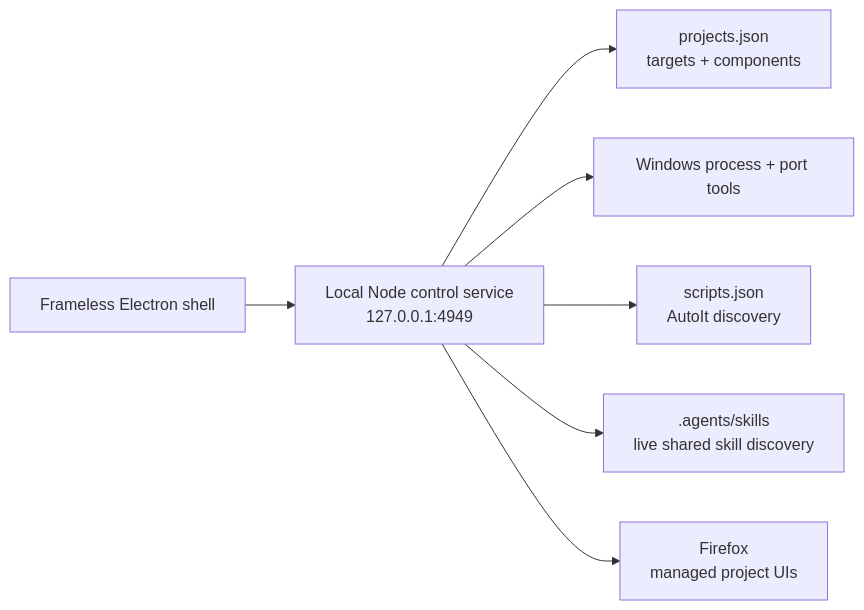
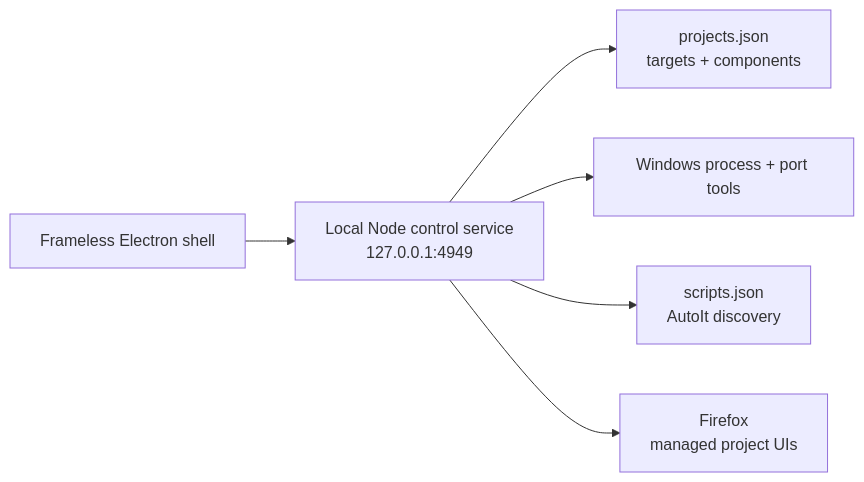
One commit to alfonza1/hackers-lair changed the diagram in README.md. Above: the diagram before and after it, drawn with Mermaid. The commit also changed other lines of this file and 9 other files, not shown here.

````diff
--- a/README.md
+++ b/README.md
@@ -64,9 +59,8 @@
 ```mermaid
 flowchart LR
     UI["Frameless Electron shell"] --> API["Local Node control service<br/>127.0.0.1:4949"]
     API --> PROJECTS["projects.json<br/>targets + components"]
     API --> WINDOWS["Windows process + port tools"]
     API --> SCRIPTS["scripts.json<br/>AutoIt discovery"]
-    API --> SKILLS[".agents/skills<br/>live shared skill discovery"]
     API --> FIREFOX["Firefox<br/>managed project UIs"]
 ```
````
